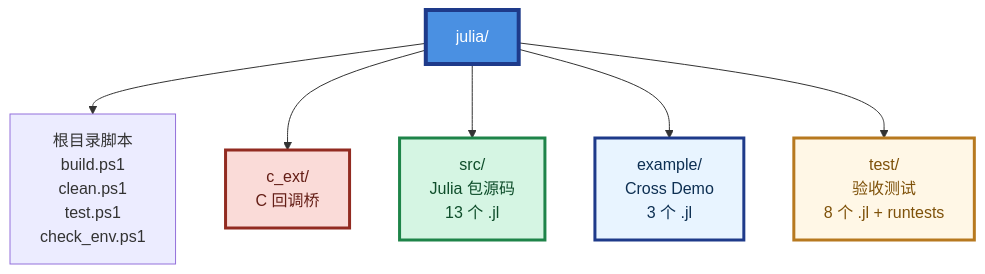
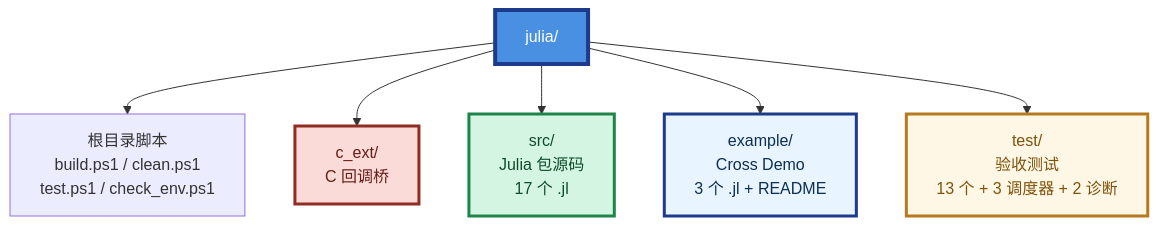
The first of 29 diagrams in julia/README.md (PassByYou888/LingoFuse), drawn with Mermaid before and after one commit. The commit also changed other lines of this file and 41 other files, not shown here.

````diff
--- a/julia/README.md
+++ b/julia/README.md
@@ -39,15 +44,15 @@
 ```mermaid
 flowchart TB
     ROOT["julia/"]
-    ROOT --> SCRIPTS["根目录脚本<br/>build.ps1<br/>clean.ps1<br/>test.ps1<br/>check_env.ps1"]
+    ROOT --> SCRIPTS["根目录脚本<br/>build.ps1 / clean.ps1<br/>test.ps1 / check_env.ps1"]
     ROOT --> CEXT["c_ext/<br/>C 回调桥"]
-    ROOT --> SRC["src/<br/>Julia 包源码<br/>13 个 .jl"]
-    ROOT --> EX["example/<br/>Cross Demo<br/>3 个 .jl"]
-    ROOT --> TEST["test/<br/>验收测试<br/>8 个 .jl + runtests"]
+    ROOT --> SRC["src/<br/>Julia 包源码<br/>17 个 .jl"]
+    ROOT --> EX["example/<br/>Cross Demo<br/>3 个 .jl + README"]
+    ROOT --> TEST["test/<br/>验收测试<br/>13 个 + 3 调度器 + 2 诊断"]
 
     style ROOT fill:#4A90E2,stroke:#1E3A8A,stroke-width:4px,color:#FFFFFF
     style CEXT fill:#FADBD8,stroke:#922B21,stroke-width:3px,color:#641E16
     style SRC fill:#D5F5E3,stroke:#1E8449,stroke-width:3px,color:#0E4D2A
     style TEST fill:#FFF7E6,stroke:#B7791F,stroke-width:3px,color:#7E5109
     style EX fill:#E8F4FF,stroke:#1E3A8A,stroke-width:3px,color:#0D2F52
 ```
````
